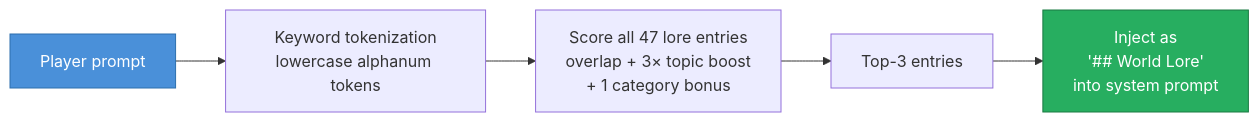
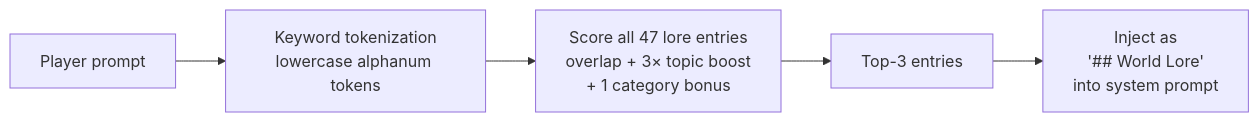
One commit to Zaexv/world-of-prompcraft changed the sixth of 8 diagrams in server/ARCHITECTURE.md. Above: the diagram before and after it, drawn with Mermaid. The commit also changed other lines of this file and 1 other file, not shown here.

Commit message:
docs: update architecture docs for zonal manifest overhaul

````diff
--- a/server/ARCHITECTURE.md
+++ b/server/ARCHITECTURE.md
@@ -305,13 +190,10 @@
 ```mermaid
 flowchart LR
     prompt["Player prompt"]
     tokenize["Keyword tokenization\nlowercase alphanum tokens"]
     score["Score all 47 lore entries\noverlap + 3× topic boost\n+ 1 category bonus"]
     top3["Top-3 entries"]
     inject["Inject as\n'## World Lore'\ninto system prompt"]
 
     prompt --> tokenize --> score --> top3 --> inject
-
-    style prompt fill:#4a90d9,color:#fff,stroke:#2c6fad
-    style inject fill:#27ae60,color:#fff,stroke:#1a7a42
 ```
````
